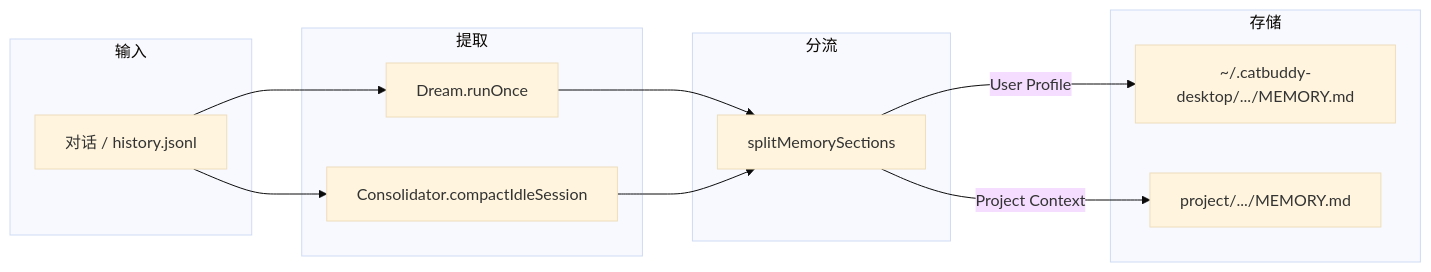
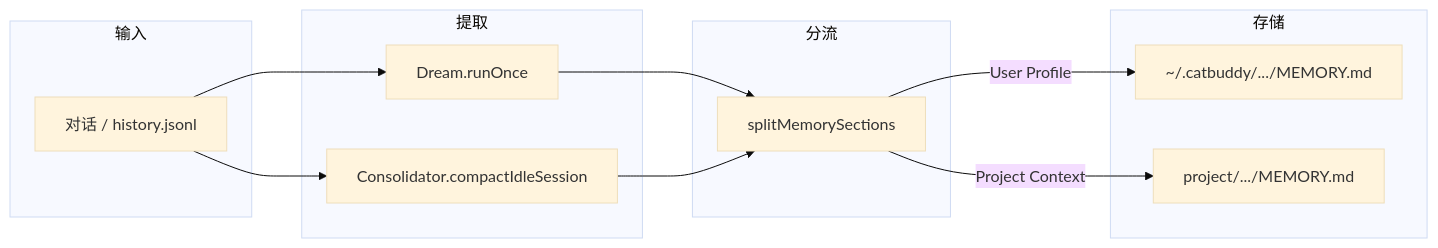
Before and after one commit to Ganzhib/catbuddy: the second of 2 diagrams in apps/desktop/docs/workspace-and-memory.md, drawn with Mermaid (base theme). The commit also changed other lines of this file and 26 other files, not shown here.

````diff
--- a/apps/desktop/docs/workspace-and-memory.md
+++ b/apps/desktop/docs/workspace-and-memory.md
@@ -233,24 +233,24 @@
 ```mermaid
 flowchart LR
   subgraph input [输入]
     Chat[对话 / history.jsonl]
   end
   subgraph extract [提取]
     Dream[Dream.runOnce]
     Consolidator[Consolidator.compactIdleSession]
   end
   subgraph split [分流]
     Parser[splitMemorySections]
   end
   subgraph storage [存储]
-    GlobalMem["~/.catbuddy-desktop/.../MEMORY.md"]
+    GlobalMem["~/.catbuddy/.../MEMORY.md"]
     ProjectMem["project/.../MEMORY.md"]
   end
 
   Chat --> Dream
   Chat --> Consolidator
   Dream --> Parser
   Consolidator --> Parser
   Parser -->|User Profile| GlobalMem
   Parser -->|Project Context| ProjectMem
 ```
````
